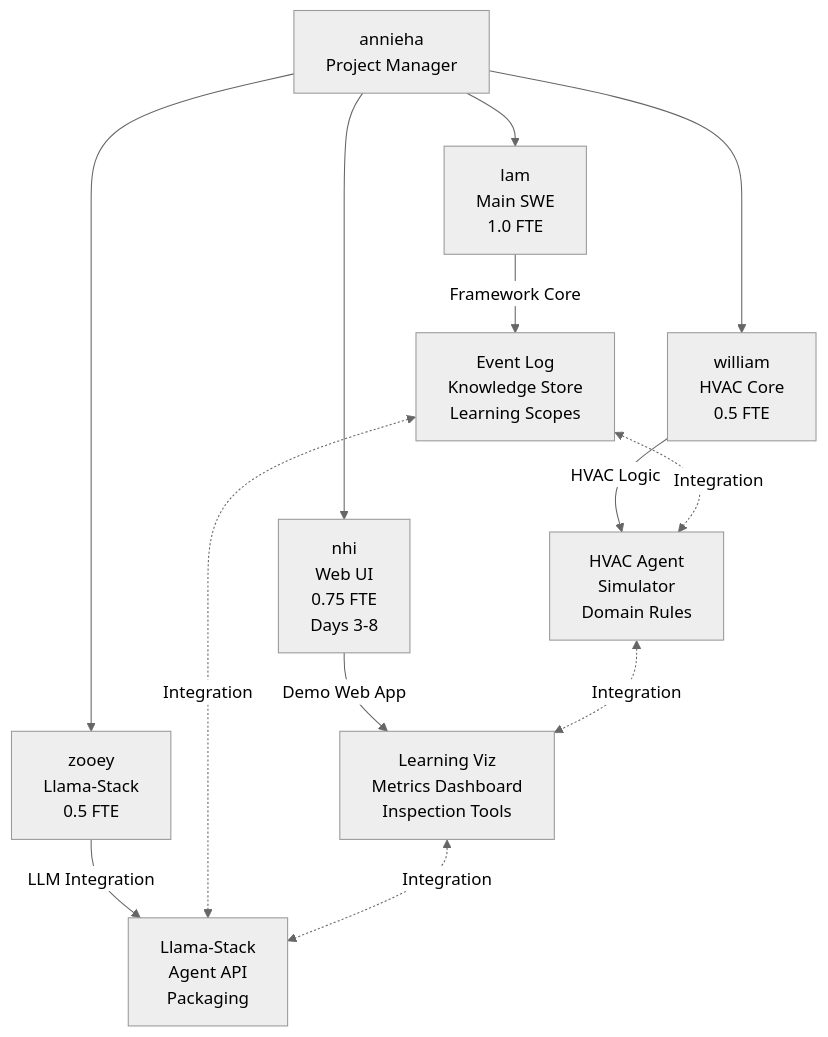
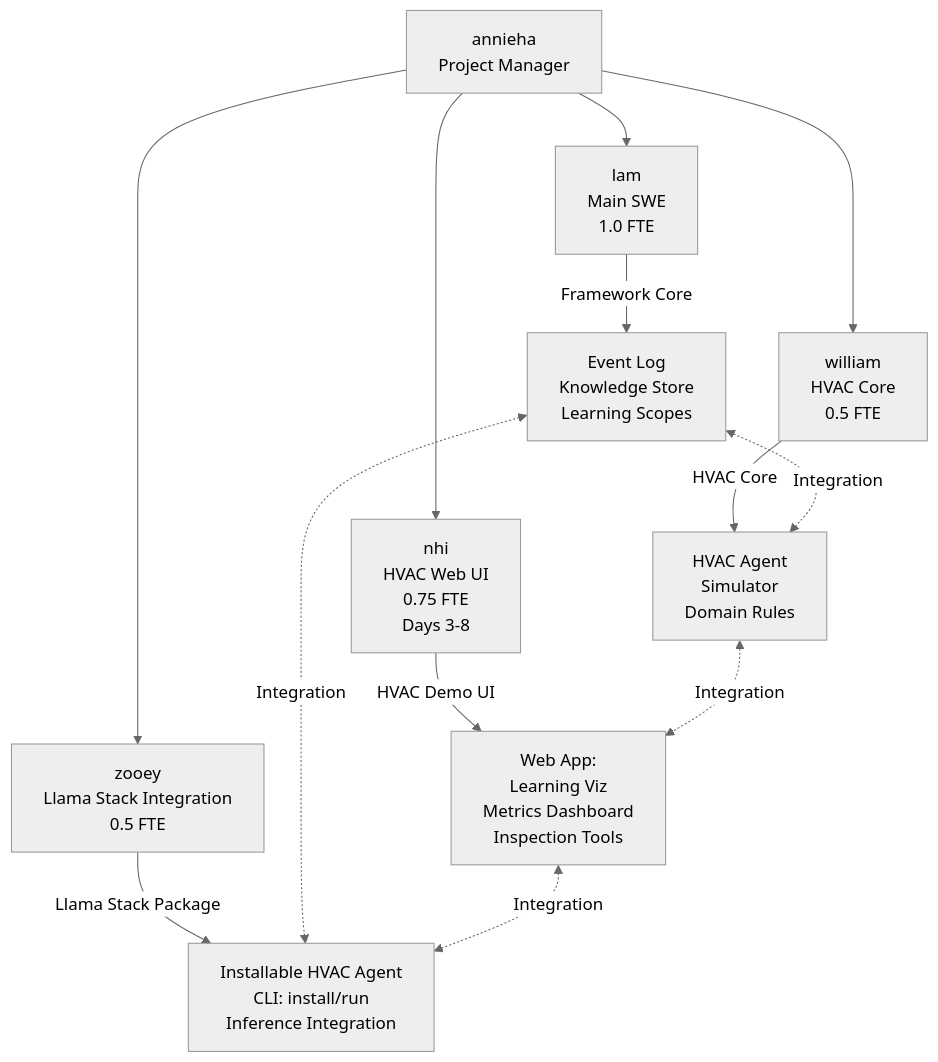
One commit to aitomatic/dana changed the fourth of 5 diagrams in dana_agent/dana/specs/reflection.md. Above: the diagram before and after it, drawn with Mermaid (neutral theme). The commit also changed other lines of this file, not shown here.

Commit message:
Add Motivation + Value Prop for stakeholders; update team construction diagram

````diff
--- a/dana_agent/dana/specs/reflection.md
+++ b/dana_agent/dana/specs/reflection.md
@@ -281,24 +304,24 @@
 ```mermaid
 graph TB
     PM[annieha<br/>Project Manager]
     
     MAIN[lam<br/>Main SWE<br/>1.0 FTE]
     APP[william<br/>HVAC Core<br/>0.5 FTE]
-    UI[nhi<br/>Web UI<br/>0.75 FTE<br/>Days 3-8]
-    INT[zooey<br/>Llama-Stack<br/>0.5 FTE]
+    UI[nhi<br/>HVAC Web UI<br/>0.75 FTE<br/>Days 3-8]
+    INT[zooey<br/>Llama Stack Integration<br/>0.5 FTE]
     
     PM --> MAIN
     PM --> APP
     PM --> UI
     PM --> INT
     
     MAIN -->|Framework Core| FC[Event Log<br/>Knowledge Store<br/>Learning Scopes]
-    APP -->|HVAC Logic| HL[HVAC Agent<br/>Simulator<br/>Domain Rules]
-    UI -->|Demo Web App| DA[Learning Viz<br/>Metrics Dashboard<br/>Inspection Tools]
-    INT -->|LLM Integration| LI[Llama-Stack<br/>Agent API<br/>Packaging]
+    APP -->|HVAC Core| HL[HVAC Agent<br/>Simulator<br/>Domain Rules]
+    UI -->|HVAC Demo UI| DA[Web App:<br/>Learning Viz<br/>Metrics Dashboard<br/>Inspection Tools]
+    INT -->|Llama Stack Package| LI[Installable HVAC Agent<br/>CLI: install/run<br/>Inference Integration]
     
     FC <-.->|Integration| HL
     FC <-.->|Integration| LI
     HL <-.->|Integration| DA
     DA <-.->|Integration| LI
 ```
````
